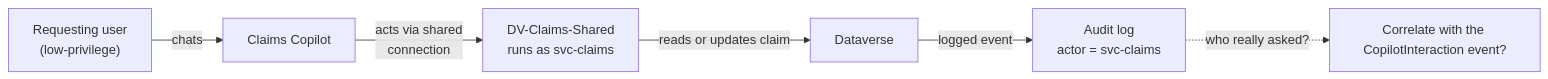
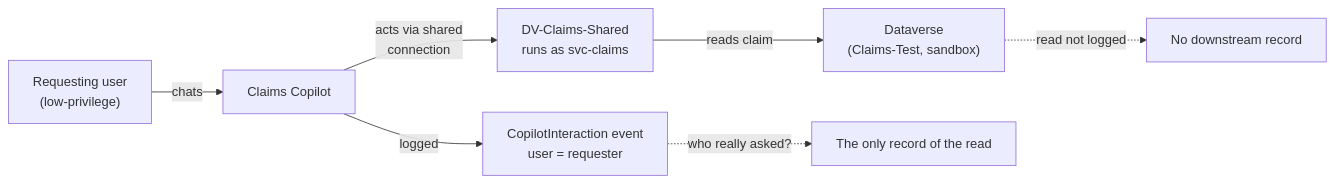
Before and after one commit to solliancenet/copilot-studio-shadow-agents-workshop: the diagram in docs/05_test_the_controls/05_07.md, drawn with Mermaid. The commit also changed other lines of this file and 6 other files, not shown here.

Commit message:
05-07 teaches the read-audit gap (reads aren't logged in a sandbox); RUNBOOK audit checklist and scripts match

````diff
--- a/docs/05_test_the_controls/05_07.md
+++ b/docs/05_test_the_controls/05_07.md
@@ -120,8 +136,9 @@
 ```mermaid
 flowchart LR
   U["Requesting user<br/>(low-privilege)"] -->|chats| Ag["Claims Copilot"]
+  Ag -->|logged| CI["CopilotInteraction event<br/>user = requester"]
   Ag -->|acts via shared<br/>connection| Conn["DV-Claims-Shared<br/>runs as svc-claims"]
-  Conn -->|reads or updates claim| DV["Dataverse"]
-  DV -->|logged event| Log["Audit log<br/>actor = svc-claims"]
-  Log -.->|who really asked?| Gap["Correlate with the CopilotInteraction event?"]
+  Conn -->|reads claim| DV["Dataverse<br/>(Claims-Test, sandbox)"]
+  DV -.->|read not logged| None["No downstream record"]
+  CI -.->|who really asked?| Gap["The only record of the read"]
 ```
````
